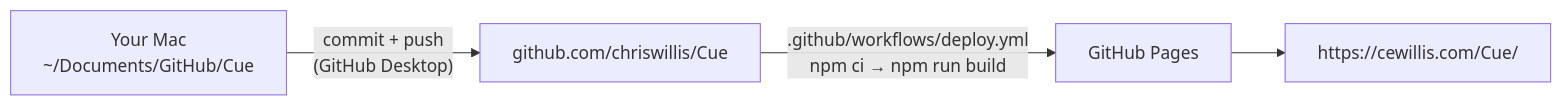
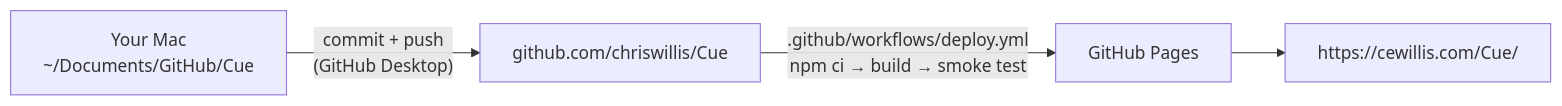
One commit to chriswillis/Cue changed the sixth of 6 diagrams in docs/ARCHITECTURE.md. Above: the diagram before and after it, drawn with Mermaid. The commit also changed other lines of this file and 5 other files, not shown here.

````diff
--- a/docs/ARCHITECTURE.md
+++ b/docs/ARCHITECTURE.md
@@ -128,6 +128,6 @@
 ```mermaid
 flowchart LR
   Mac["Your Mac<br/>~/Documents/GitHub/Cue"] -- "commit + push<br/>(GitHub Desktop)" --> GH["github.com/chriswillis/Cue"]
-  GH -- ".github/workflows/deploy.yml<br/>npm ci → npm run build" --> Pages["GitHub Pages"]
+  GH -- ".github/workflows/deploy.yml<br/>npm ci → build → smoke test" --> Pages["GitHub Pages"]
   Pages --> Site["https://cewillis.com/Cue/"]
 ```
````
